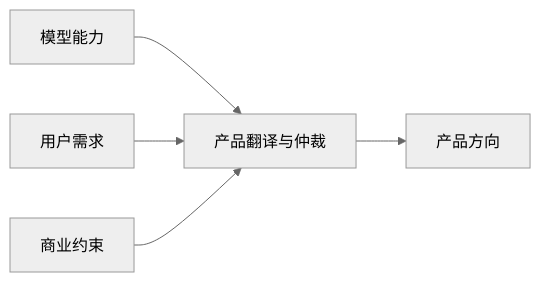
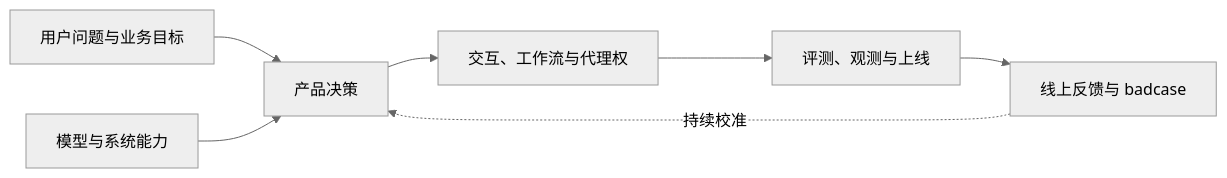
The first of 6 diagrams in docs/intro/capability.md (AI-PM-Wiki/AIPM), drawn with Mermaid (neutral theme) before and after one commit. The commit also changed other lines of this file and 26 other files, not shown here.

````diff
--- a/docs/intro/capability.md
+++ b/docs/intro/capability.md
@@ -20,7 +22,9 @@
 ```mermaid
 flowchart LR
-    model[模型能力] --> translate[产品翻译与仲裁]
-    user[用户需求] --> translate
-    business[商业约束] --> translate
-    translate --> direction[产品方向]
+    problem[用户问题与业务目标] --> decision[产品决策]
+    capability[模型与系统能力] --> decision
+    decision --> design[交互、工作流与代理权]
+    design --> eval[评测、观测与上线]
+    eval --> feedback[线上反馈与 badcase]
+    feedback -. 持续校准 .-> decision
 ```
````
